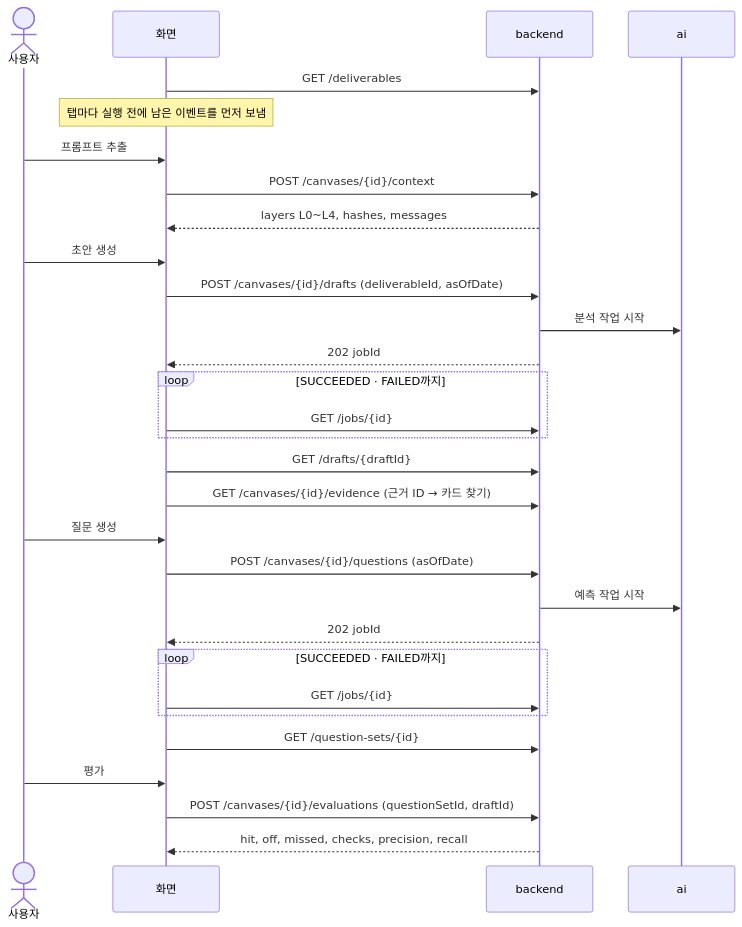
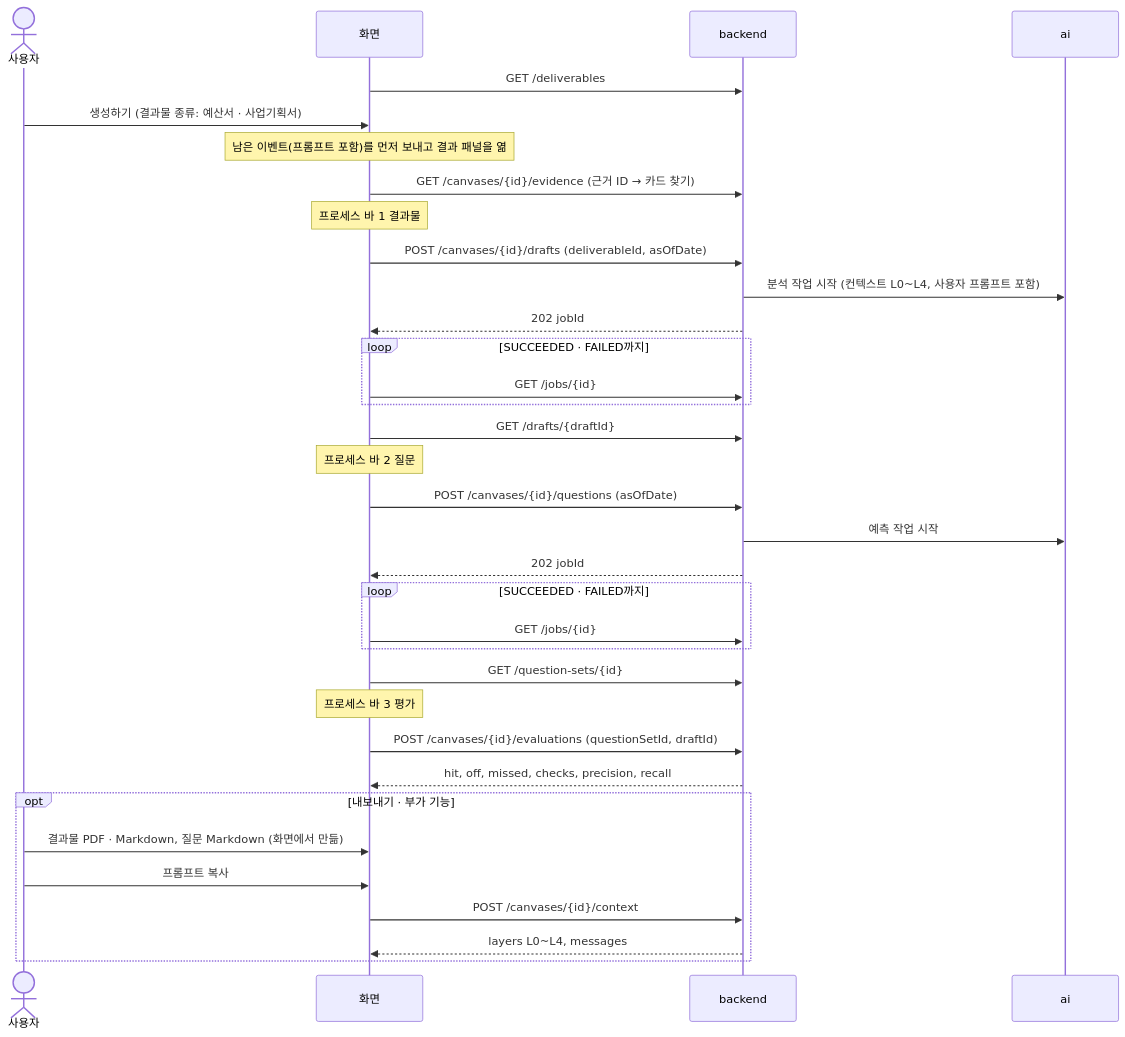
The sixth of 7 diagrams in docs/frontend/api-diagram.md (vamos-team/telescope), drawn with Mermaid before and after one commit. The commit also changed other lines of this file and 6 other files, not shown here.

````diff
--- a/docs/frontend/api-diagram.md
+++ b/docs/frontend/api-diagram.md
@@ -170,37 +178,41 @@
 ```mermaid
 sequenceDiagram
   actor U as 사용자
   participant F as 화면
   participant B as backend
   participant A as ai
 
   F->>B: GET /deliverables
-  Note over F: 탭마다 실행 전에 남은 이벤트를 먼저 보냄
+  U->>F: 생성하기 (결과물 종류: 예산서 · 사업기획서)
+  Note over F: 남은 이벤트(프롬프트 포함)를 먼저 보내고 결과 패널을 엶
+  F->>B: GET /canvases/{id}/evidence (근거 ID → 카드 찾기)
 
-  U->>F: 프롬프트 추출
-  F->>B: POST /canvases/{id}/context
-  B-->>F: layers L0~L4, hashes, messages
-
-  U->>F: 초안 생성
+  Note over F: 프로세스 바 1 결과물
   F->>B: POST /canvases/{id}/drafts (deliverableId, asOfDate)
-  B->>A: 분석 작업 시작
+  B->>A: 분석 작업 시작 (컨텍스트 L0~L4, 사용자 프롬프트 포함)
   B-->>F: 202 jobId
   loop SUCCEEDED · FAILED까지
     F->>B: GET /jobs/{id}
   end
   F->>B: GET /drafts/{draftId}
-  F->>B: GET /canvases/{id}/evidence (근거 ID → 카드 찾기)
 
-  U->>F: 질문 생성
+  Note over F: 프로세스 바 2 질문
   F->>B: POST /canvases/{id}/questions (asOfDate)
   B->>A: 예측 작업 시작
   B-->>F: 202 jobId
   loop SUCCEEDED · FAILED까지
     F->>B: GET /jobs/{id}
   end
   F->>B: GET /question-sets/{id}
 
-  U->>F: 평가
+  Note over F: 프로세스 바 3 평가
   F->>B: POST /canvases/{id}/evaluations (questionSetId, draftId)
   B-->>F: hit, off, missed, checks, precision, recall
+
+  opt 내보내기 · 부가 기능
+    U->>F: 결과물 PDF · Markdown, 질문 Markdown (화면에서 만듦)
+    U->>F: 프롬프트 복사
+    F->>B: POST /canvases/{id}/context
+    B-->>F: layers L0~L4, messages
+  end
 ```
````
